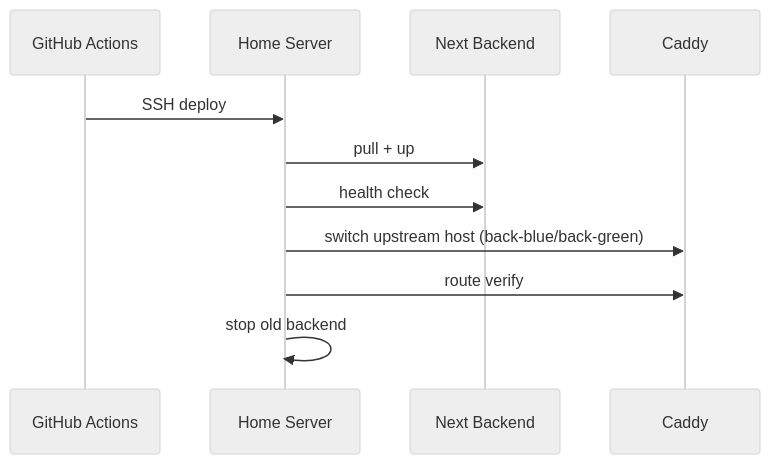
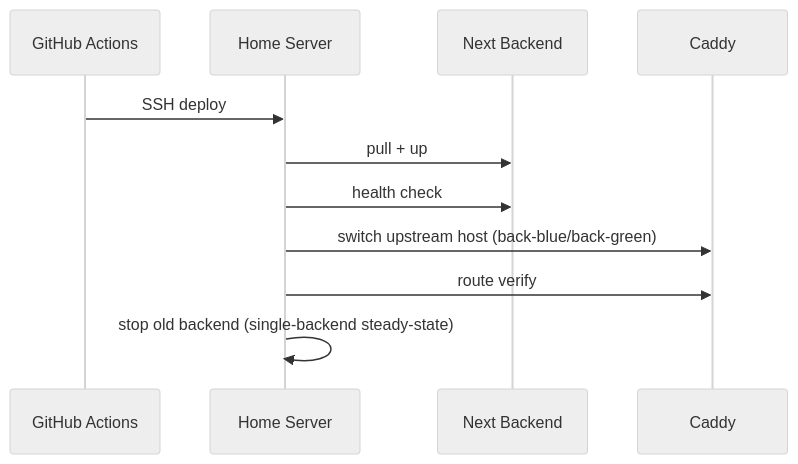
The second of 2 diagrams in docs/design/DevOps.md (AquilaXk/aquila-blog), drawn with Mermaid (neutral theme) before and after one commit. The commit also changed other lines of this file and 4 other files, not shown here.

````diff
--- a/docs/design/DevOps.md
+++ b/docs/design/DevOps.md
@@ -239,13 +240,13 @@
 ```mermaid
 sequenceDiagram
     participant GH as GitHub Actions
     participant HS as Home Server
     participant NB as Next Backend
     participant CD as Caddy
     GH->>HS: SSH deploy
     HS->>NB: pull + up
     HS->>NB: health check
     HS->>CD: switch upstream host (back-blue/back-green)
     HS->>CD: route verify
-    HS->>HS: stop old backend
+    HS->>HS: stop old backend (single-backend steady-state)
 ```
````
